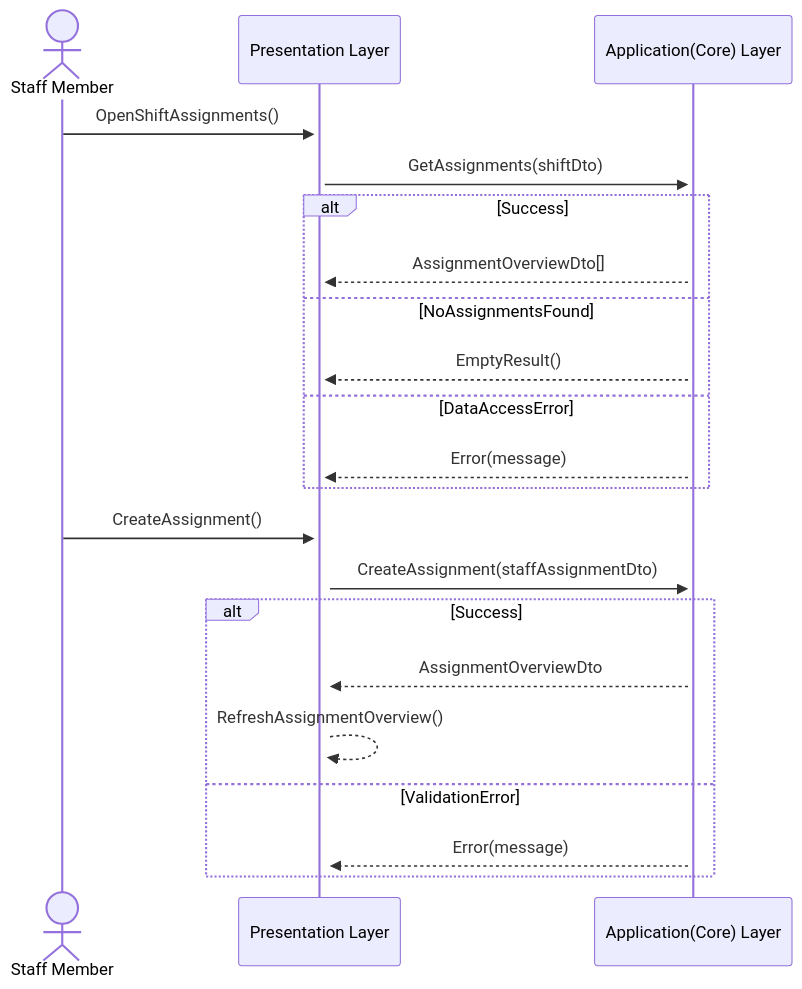
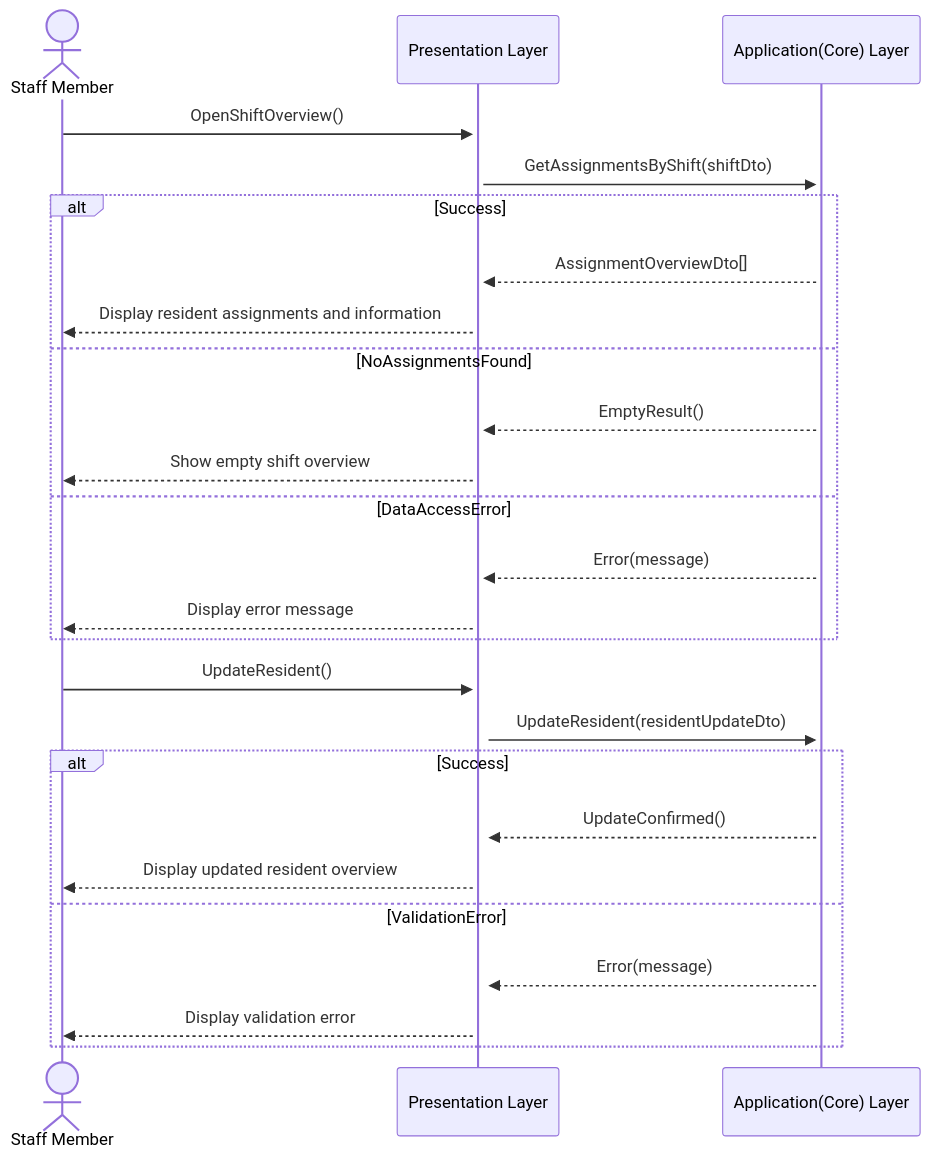
Before and after one commit to DMOoF25-Team6/Slottets-Drifttavlen: the first of 2 diagrams in docs/Examen/sekvens-diagram.md, drawn with Mermaid. The commit also changed other lines of this file, not shown here.

Commit message:
Refine sequence diagram documentation

````diff
--- a/docs/Examen/sekvens-diagram.md
+++ b/docs/Examen/sekvens-diagram.md
@@ -24,33 +24,45 @@
 ```mermaid
 sequenceDiagram
     actor StaffMember as Staff Member
 
-    participant StaffAssignmentsPage as Presentation Layer
-    participant StaffAssignmentService as Application(Core) Layer
+    participant PresentationLayer as Presentation Layer
+    participant ApplicationLayer as Application(Core) Layer
 
-    StaffMember->>+StaffAssignmentsPage: OpenShiftAssignments()
+    %% LOAD SHIFT OVERVIEW
+    StaffMember->>+PresentationLayer: OpenShiftOverview()
 
-    StaffAssignmentsPage->>+StaffAssignmentService: GetAssignments(shiftDto)
+    PresentationLayer->>+ApplicationLayer: GetAssignmentsByShift(shiftDto)
 
     alt Success
-        StaffAssignmentService-->>StaffAssignmentsPage: AssignmentOverviewDto[]
+        ApplicationLayer-->>PresentationLayer: AssignmentOverviewDto[]
+
+        PresentationLayer-->>StaffMember: Display resident assignments and information
 
     else NoAssignmentsFound
-        StaffAssignmentService-->>StaffAssignmentsPage: EmptyResult()
+        ApplicationLayer-->>PresentationLayer: EmptyResult()
+
+        PresentationLayer-->>StaffMember: Show empty shift overview
 
     else DataAccessError
-        StaffAssignmentService-->>StaffAssignmentsPage: Error(message)
+        ApplicationLayer-->>PresentationLayer: Error(message)
+
+        PresentationLayer-->>StaffMember: Display error message
     end
 
-    StaffMember->>+StaffAssignmentsPage: CreateAssignment()
+    %% UPDATE RESIDENT INFORMATION
+    StaffMember->>+PresentationLayer: UpdateResident()
 
-    StaffAssignmentsPage->>+StaffAssignmentService: CreateAssignment(staffAssignmentDto)
+    PresentationLayer->>+ApplicationLayer: UpdateResident(residentUpdateDto)
 
     alt Success
-        StaffAssignmentService-->>StaffAssignmentsPage: AssignmentOverviewDto
-        StaffAssignmentsPage-->>StaffAssignmentsPage: RefreshAssignmentOverview()
+        ApplicationLayer-->>PresentationLayer: UpdateConfirmed()
+
+        PresentationLayer-->>StaffMember: Display updated resident overview
 
     else ValidationError
-        StaffAssignmentService-->>StaffAssignmentsPage: Error(message)
+        ApplicationLayer-->>PresentationLayer: Error(message)
+
+        PresentationLayer-->>StaffMember: Display validation error
     end
+   
 ```
````
